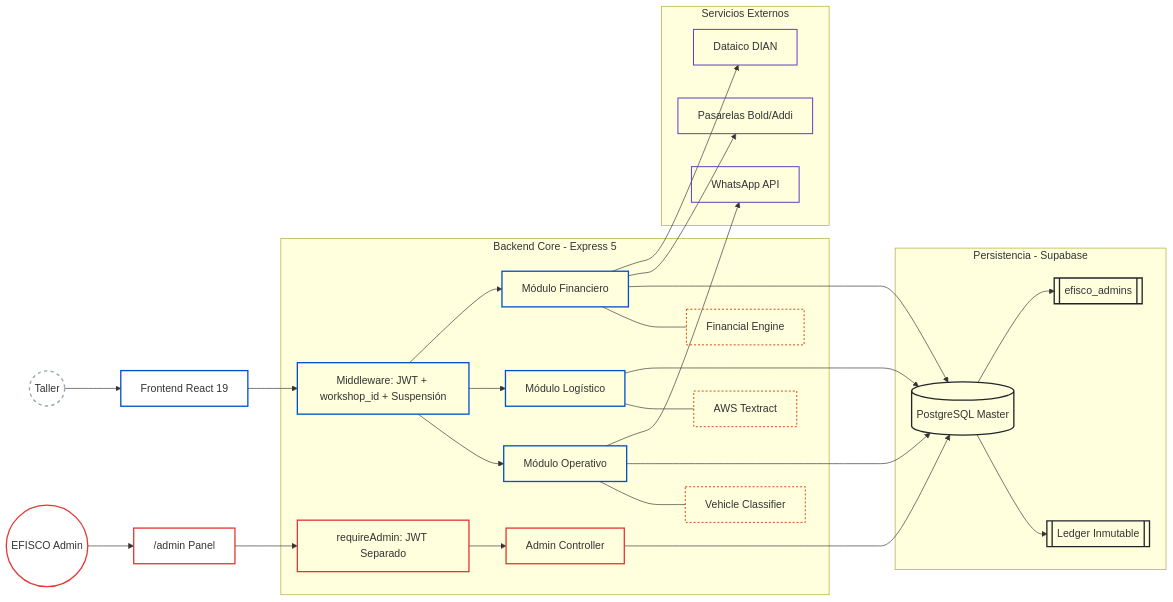
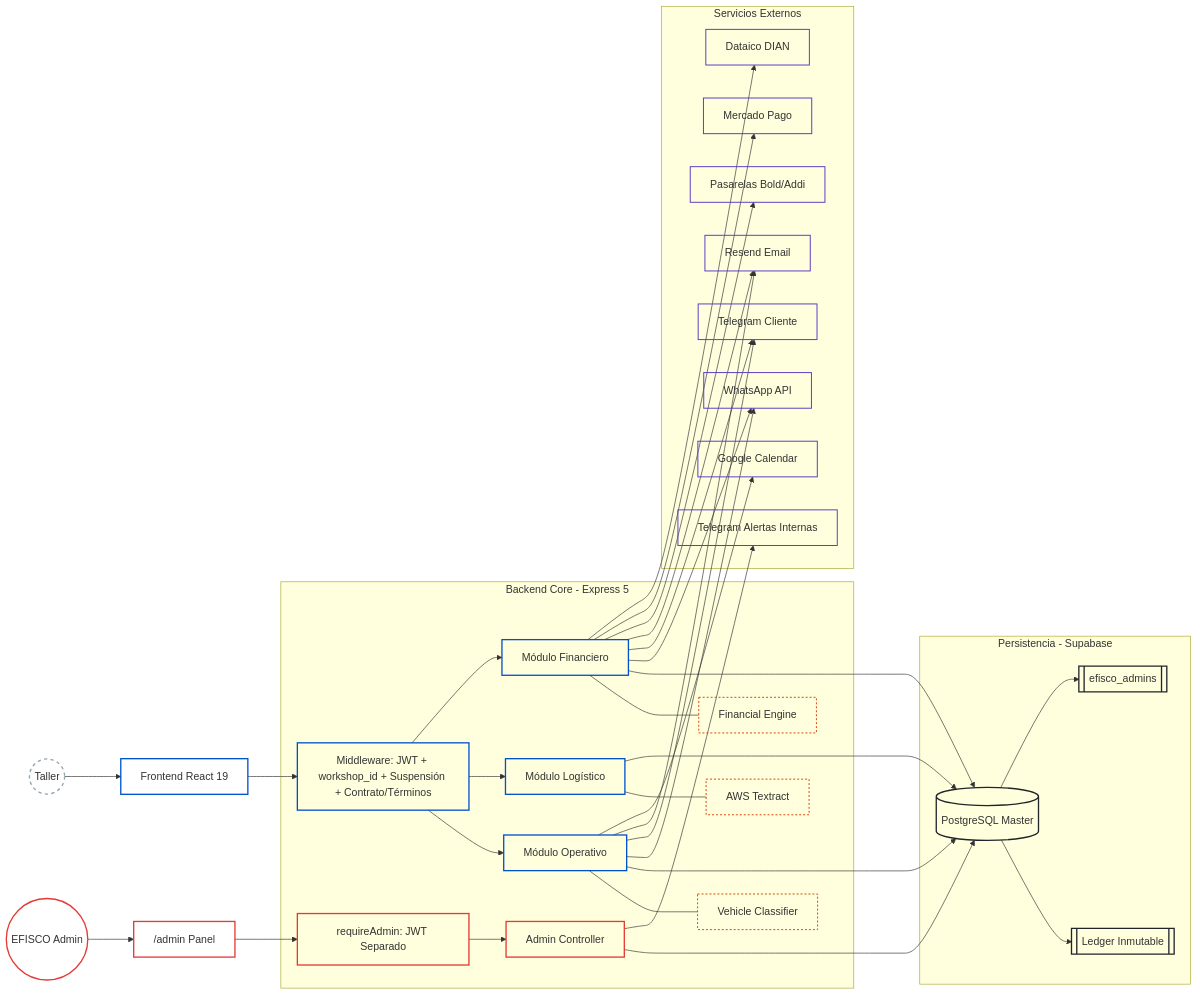
Before and after one commit to brandonjimenez21/efiscoDocumentation: the first of 3 diagrams in ARCHITECTURE.md, drawn with Mermaid. The commit also changed other lines of this file, not shown here.

````diff
--- a/ARCHITECTURE.md
+++ b/ARCHITECTURE.md
@@ -11,51 +11,64 @@
 ```mermaid
 graph LR
     classDef default stroke:#455a64,stroke-width:1px,fill:none;
     classDef highlight stroke:#0052cc,stroke-width:2px,fill:none;
     classDef engine stroke:#d9480f,stroke-width:1.5px,stroke-dasharray: 3 3,fill:none;
     classDef database stroke:#212529,stroke-width:2px,fill:none;
     classDef external stroke:#5f3dc4,stroke-width:1.5px,fill:none;
     classDef user stroke:#90a4ae,stroke-width:2px,stroke-dasharray: 5 5,fill:none;
     classDef admin stroke:#e53935,stroke-width:2px,fill:none;
 
     User((Taller)) --> FE[Frontend React 19]
     Admin((EFISCO Admin)) --> AdminFE["/admin Panel"]
-    FE --> Auth[Middleware: JWT + workshop_id + Suspensión]
+    FE --> Auth[Middleware: JWT + workshop_id + Suspensión + Contrato/Términos]
     AdminFE --> AdminAuth[requireAdmin: JWT Separado]
 
     subgraph Core [Backend Core - Express 5]
         Auth --> Ops[Módulo Operativo]
         Auth --> Inv[Módulo Logístico]
         Auth --> Fin[Módulo Financiero]
         AdminAuth --> AdminCtrl[Admin Controller]
 
         Ops --- VClass[Vehicle Classifier]
         Inv --- OCR[AWS Textract]
         Fin --- FEng[Financial Engine]
     end
 
     subgraph Data [Persistencia - Supabase]
         DB[(PostgreSQL Master)] --> Kardex[[Ledger Inmutable]]
         DB --> Admins[[efisco_admins]]
     end
 
     subgraph Externals [Servicios Externos]
         WA[WhatsApp API]
+        TgC[Telegram Cliente]
+        Resend[Resend Email]
         Pay[Pasarelas Bold/Addi]
+        MP[Mercado Pago]
         DIAN[Dataico DIAN]
+        GCal[Google Calendar]
+        TgA[Telegram Alertas Internas]
     end
 
     Ops & Inv & Fin & AdminCtrl ----> DB
     Ops --> WA
+    Ops --> TgC
+    Ops --> Resend
+    Ops --> GCal
+    Fin --> WA
+    Fin --> TgC
+    Fin --> Resend
     Fin --> Pay
+    Fin --> MP
     Fin --> DIAN
+    AdminCtrl --> TgA
 
     class User user;
     class Admin admin;
     class FE,Auth,Ops,Inv,Fin highlight;
     class AdminFE,AdminAuth,AdminCtrl admin;
     class VClass,OCR,FEng engine;
     class DB,Kardex,Admins database;
-    class WA,Pay,DIAN external;
+    class WA,TgC,Resend,Pay,MP,DIAN,GCal,TgA external;
     class Admin,AdminFE,AdminAuth,AdminCtrl admin;
 ```
````
